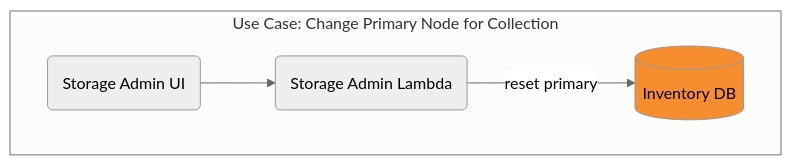
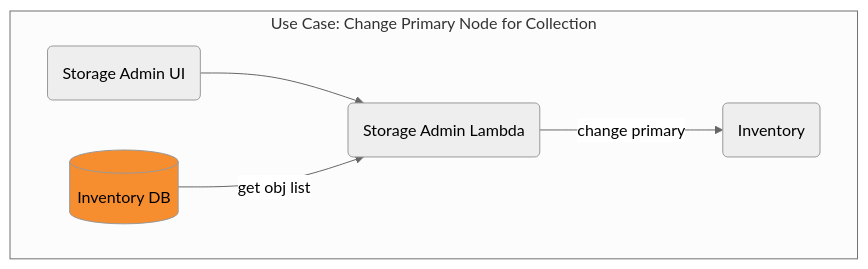
One commit to CDLUC3/mrt-doc changed the diagram in diagrams/store-admin-change-primary-node.mmd. Above: the diagram before and after it, drawn with Mermaid. The commit also changed 14 other files, not shown here.

```diff
--- a/diagrams/store-admin-change-primary-node.mmd
+++ b/diagrams/store-admin-change-primary-node.mmd
@@ -1,12 +1,14 @@
 %%{init: {'theme': 'neutral', 'securityLevel': 'loose'}}%%
 graph TD
   SAUI("Storage Admin UI")
   SA("Storage Admin Lambda")
   RDS[(Inventory DB)]
+  INV(Inventory)
 
   subgraph "Use Case: Change Primary Node for Collection"
     SAUI-->SA
-    SA-->|"reset primary"|RDS
+    RDS-->|"get obj list"|SA
+    SA-->|"change primary"|INV
   end
 
   style RDS fill:#F68D2F
```
